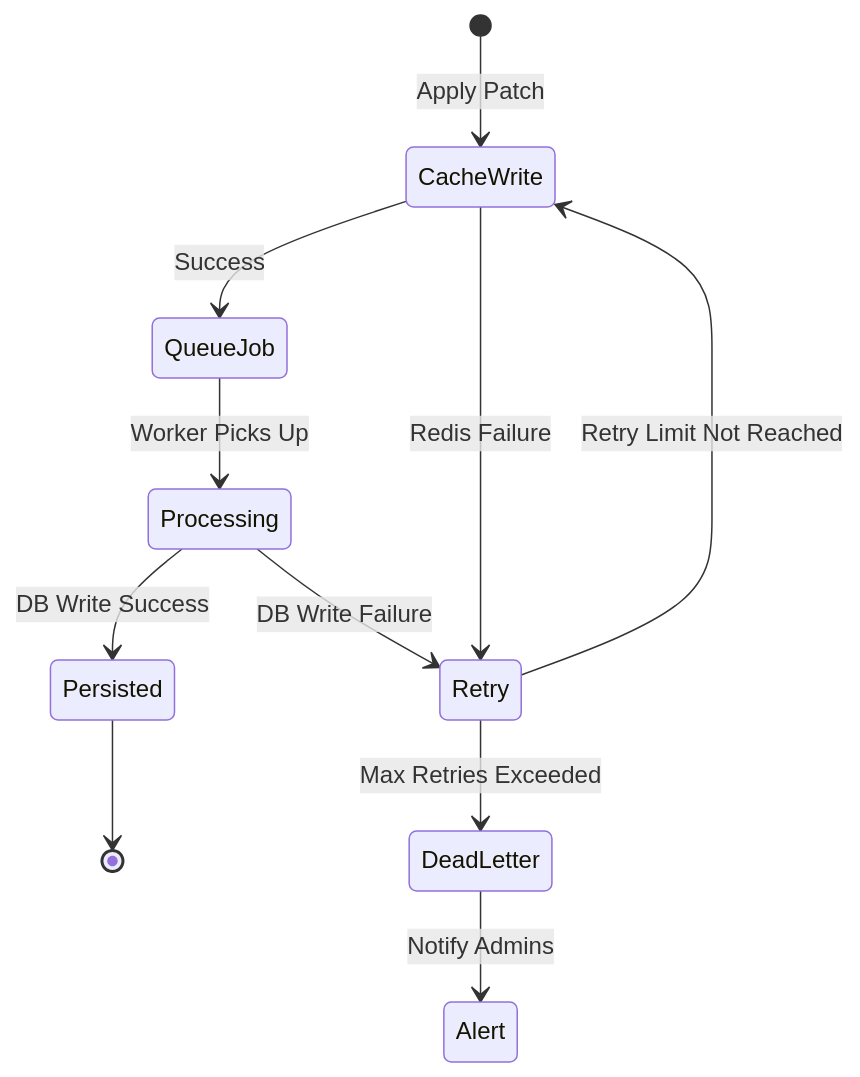
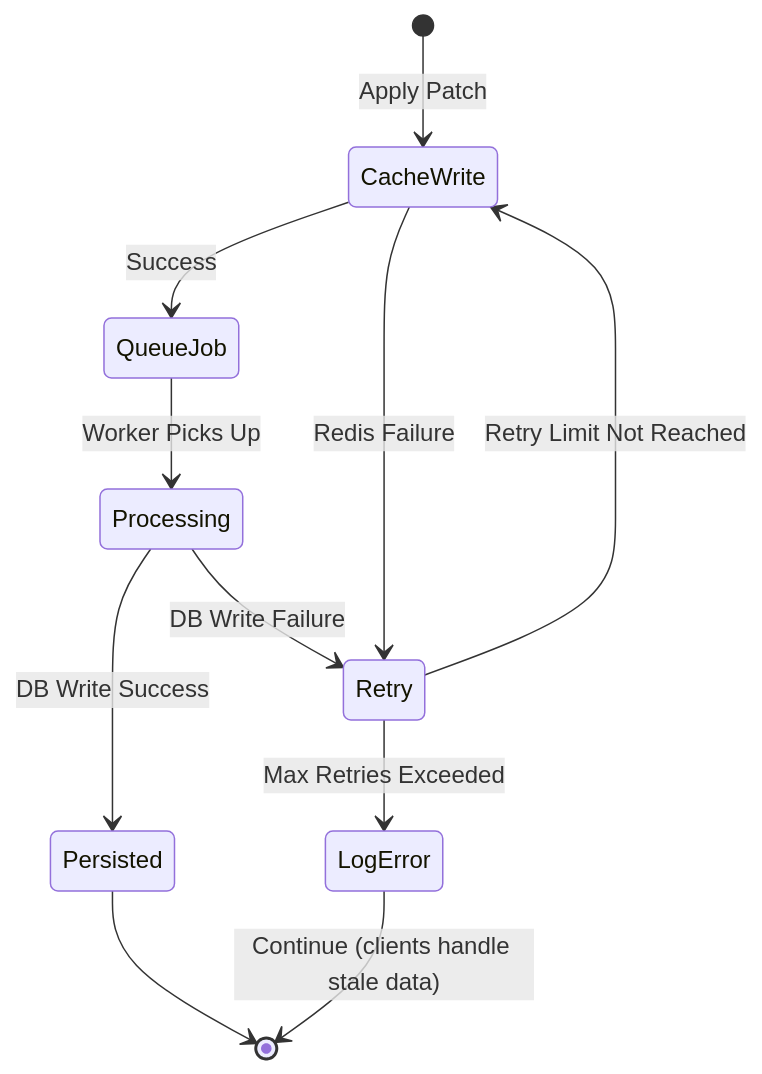
One commit to cfu288/reverb changed the fourth of 4 diagrams in REDIS_CRDT_ARCHITECTURE.md. Above: the diagram before and after it, drawn with Mermaid. The commit also changed other lines of this file and 21 other files, not shown here.

````diff
--- a/REDIS_CRDT_ARCHITECTURE.md
+++ b/REDIS_CRDT_ARCHITECTURE.md
@@ -365,16 +415,16 @@
 ```mermaid
 stateDiagram-v2
     [*] --> CacheWrite: Apply Patch
     CacheWrite --> QueueJob: Success
     CacheWrite --> Retry: Redis Failure
 
     QueueJob --> Processing: Worker Picks Up
     Processing --> Persisted: DB Write Success
     Processing --> Retry: DB Write Failure
 
     Retry --> CacheWrite: Retry Limit Not Reached
-    Retry --> DeadLetter: Max Retries Exceeded
+    Retry --> LogError: Max Retries Exceeded
 
-    DeadLetter --> Alert: Notify Admins
+    LogError --> [*]: Continue (clients handle stale data)
     Persisted --> [*]
 ```
````
